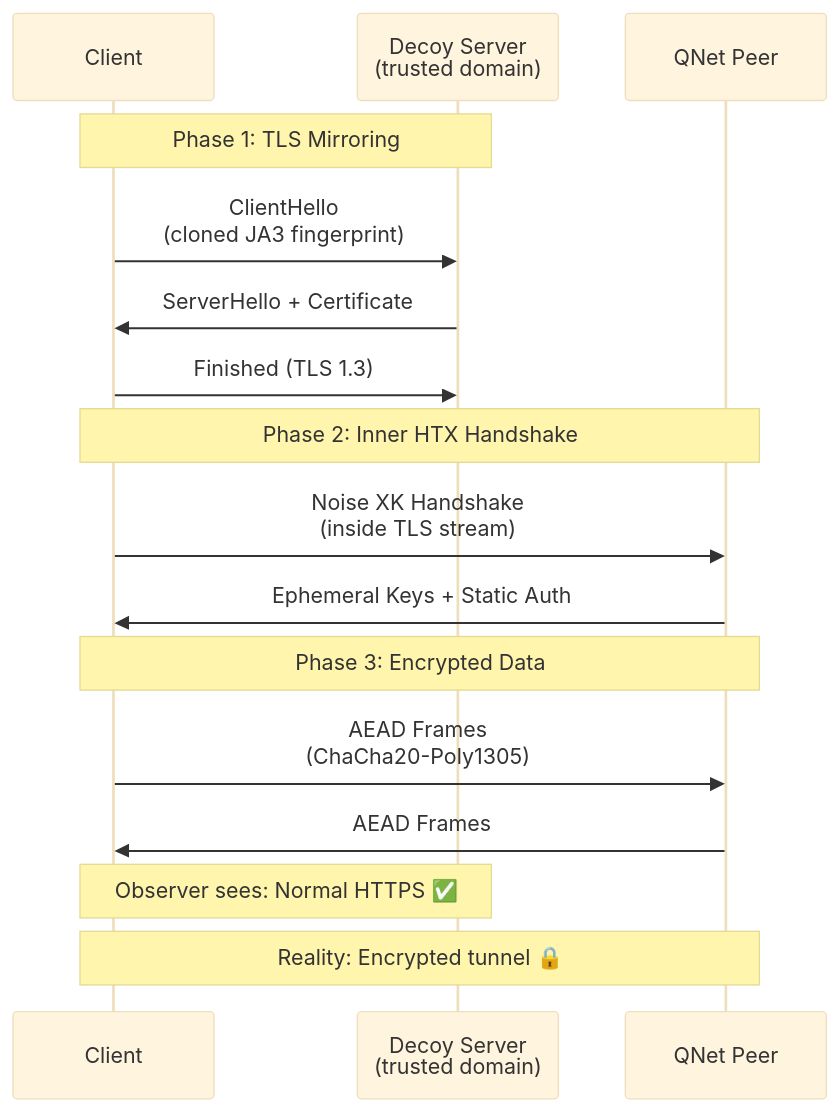
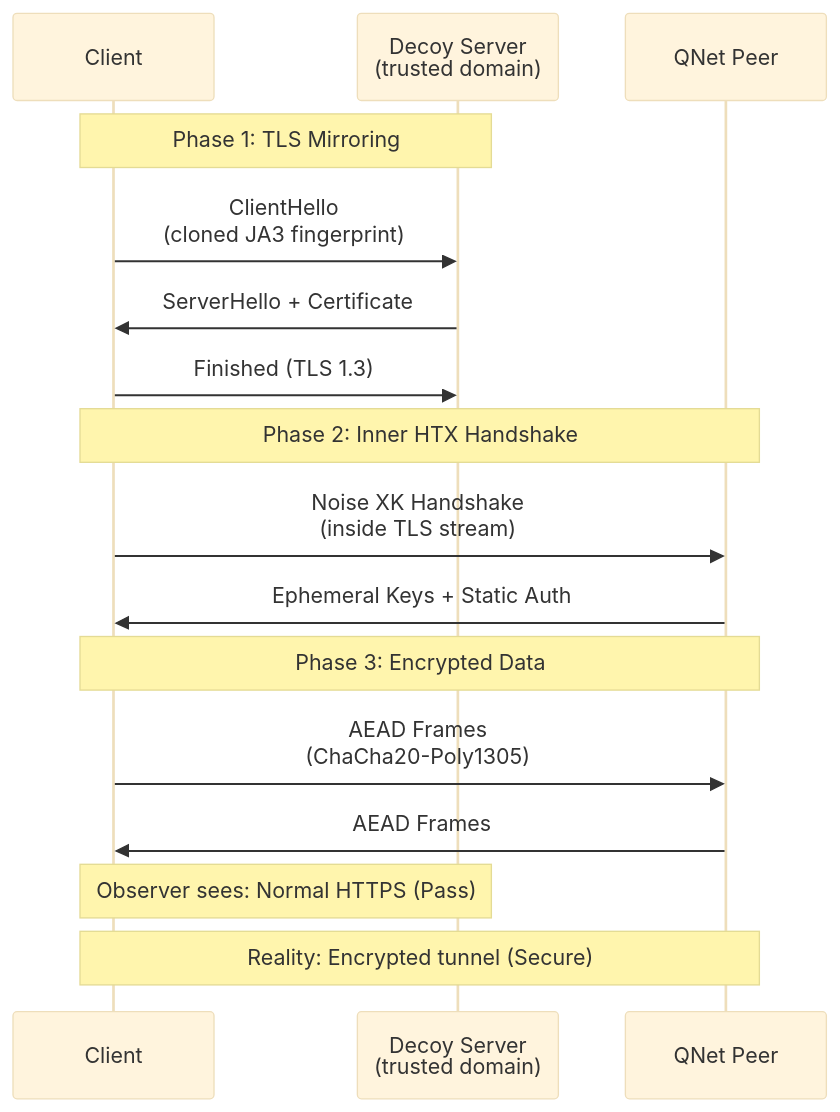
The third of 13 diagrams in README.md (QW1CKS/qnet), drawn with Mermaid (base theme) before and after one commit. The commit also changed other lines of this file, not shown here.

````diff
--- a/README.md
+++ b/README.md
@@ -175,22 +161,22 @@
 ```mermaid
 sequenceDiagram
     participant Client as Client
     participant Decoy as Decoy Server<br/>(trusted domain)
     participant QNet as QNet Peer
     
     Note over Client,Decoy: Phase 1: TLS Mirroring
     Client->>Decoy: ClientHello<br/>(cloned JA3 fingerprint)
     Decoy->>Client: ServerHello + Certificate
     Client->>Decoy: Finished (TLS 1.3)
     
     Note over Client,QNet: Phase 2: Inner HTX Handshake
     Client->>QNet: Noise XK Handshake<br/>(inside TLS stream)
     QNet->>Client: Ephemeral Keys + Static Auth
     
     Note over Client,QNet: Phase 3: Encrypted Data
     Client->>QNet: AEAD Frames<br/>(ChaCha20-Poly1305)
     QNet->>Client: AEAD Frames
     
-    Note over Client,Decoy: Observer sees: Normal HTTPS ✅
-    Note over Client,QNet: Reality: Encrypted tunnel 🔒
+    Note over Client,Decoy: Observer sees: Normal HTTPS (Pass)
+    Note over Client,QNet: Reality: Encrypted tunnel (Secure)
 ```
````
